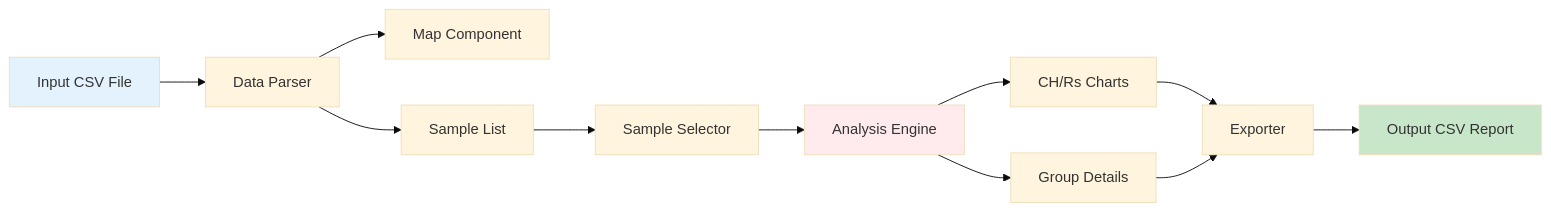
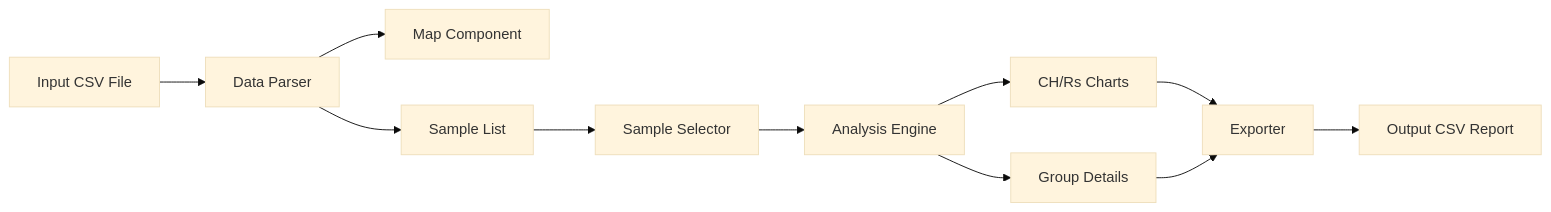
Before and after one commit to CITS3200-group-31/ENTROPYMAX2.0: the second of 3 diagrams in frontend/README.md, drawn with Mermaid (base theme). The commit also changed other lines of this file, not shown here.

````diff
--- a/frontend/README.md
+++ b/frontend/README.md
@@ -82,17 +62,13 @@
 ```mermaid
 flowchart LR
     CSV[Input CSV File] --> Parser[Data Parser]
     Parser --> Map[Map Component]
     Parser --> List[Sample List]
     List --> Selector[Sample Selector]
     Selector --> Analysis[Analysis Engine]
     Analysis --> Charts[CH/Rs Charts]
     Analysis --> Details[Group Details]
     Charts --> Export[Exporter]
     Details --> Export
     Export --> CSV_Out[Output CSV Report]
-
-    style CSV fill:#e3f2fd
-    style CSV_Out fill:#c8e6c9
-    style Analysis fill:#ffebee
 ```
````
